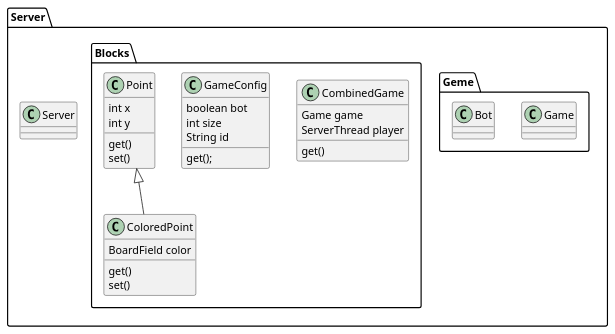
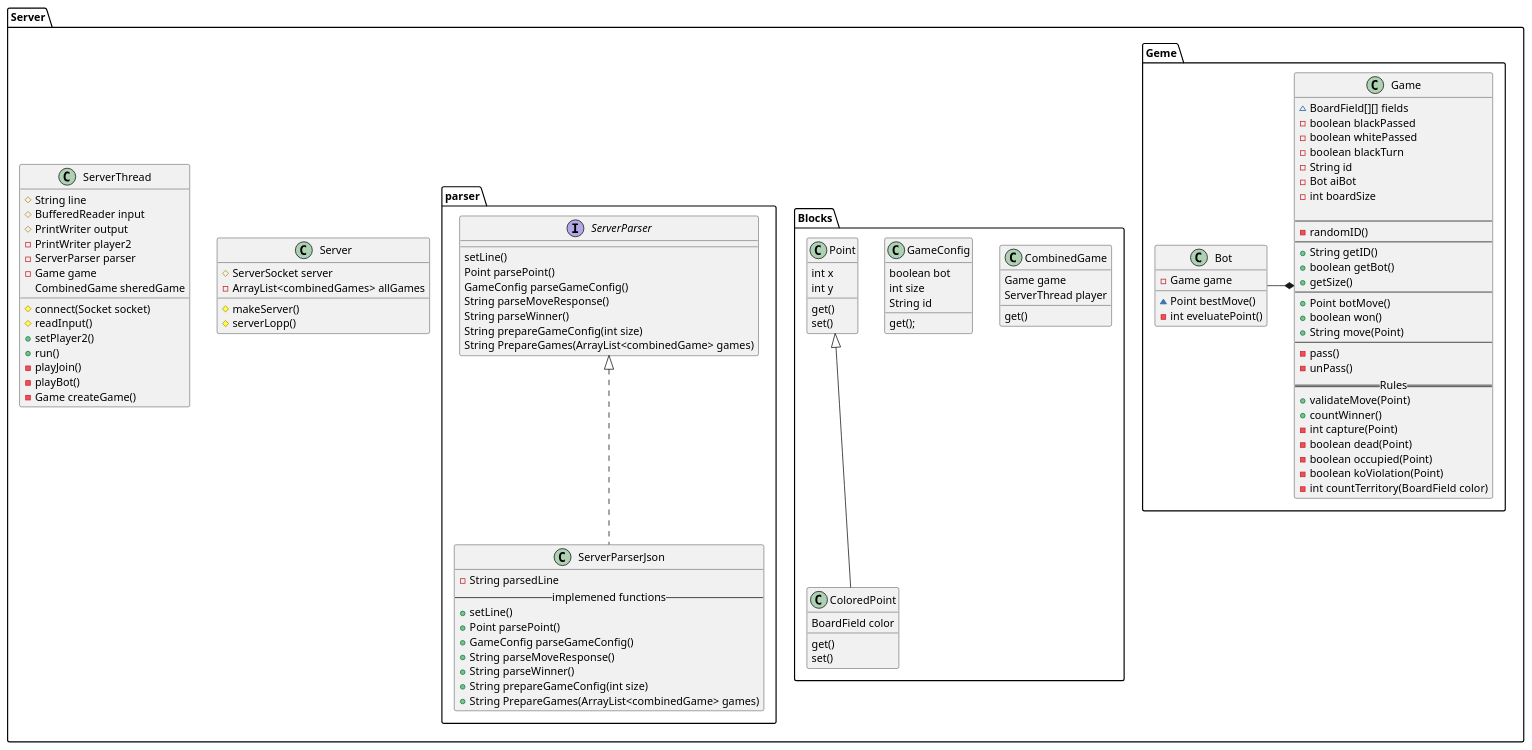
Before and after one commit to buczekxpompa/ProjektTP: the diagram in uml/class.puml, drawn with PlantUML. The commit also changed 3 other files, not shown here.

Commit message:
class uml part 1

```diff
--- a/uml/class.puml
+++ b/uml/class.puml
@@ -1,38 +1,117 @@
 @startuml
 
 package Server {
-    class Server
+    class Server {
+        #ServerSocket server
+        -ArrayList<combinedGames> allGames
+        #makeServer()
+        #serverLopp()
+    }
+    class ServerThread {
+        #String line
+        #BufferedReader input
+        #PrintWriter output
+        -PrintWriter player2
+        -ServerParser parser
+        -Game game
+        CombinedGame sheredGame
+
+        #connect(Socket socket)
+        #readInput()
+        +setPlayer2()
+        +run()
+        -playJoin()
+        -playBot()
+        -Game createGame()
+    }
     package Geme {
         class Game {
+            ~BoardField[][] fields
+            -boolean blackPassed
+            -boolean whitePassed
+            -boolean blackTurn
+            -String id
+            -Bot aiBot
+            -int boardSize
 
+            ---
+            -randomID()
+            ---
+            +String getID()
+            +boolean getBot()
+            +getSize()
+            ---
+            +Point botMove()
+            +boolean won()
+            +String move(Point)
+            ---
+            -pass()
+            -unPass()
+            == Rules ==
+            +validateMove(Point)
+            +countWinner()
+            -int capture(Point)
+            -boolean dead(Point)
+            -boolean occupied(Point)
+            -boolean koViolation(Point)
+            -int countTerritory(BoardField color)
         }
-        class Bot
+        class Bot {
+            -Game game
+            ~Point bestMove()
+            -int eveluatePoint()
+        }
+        Bot -* Game
     }
     package Blocks {
         class ColoredPoint {
             BoardField color
             get()
             set()
         }
         class CombinedGame {
             Game game
             ServerThread player
             get()
         }
         class GameConfig {
             boolean bot
             int size
             String id
             get();
         }
         class Point {
             int x
             int y
             get()
             set()
         }
         Point <|-- ColoredPoint
     }
+    package parser {
+        interface ServerParser{
+            setLine()
+            Point parsePoint()
+            GameConfig parseGameConfig()
+            String parseMoveResponse()
+            String parseWinner()
+            String prepareGameConfig(int size)
+            String PrepareGames(ArrayList<combinedGame> games)
+        }
+        class ServerParserJson {
+            -String parsedLine
+            -- implemened functions --
+            +setLine()
+            +Point parsePoint()
+            +GameConfig parseGameConfig()
+            +String parseMoveResponse()
+            +String parseWinner()
+            +String prepareGameConfig(int size)
+            +String PrepareGames(ArrayList<combinedGame> games)
+        }
+
+        ServerParser <|..ServerParserJson
+    }
 }
 
 @enduml
```
